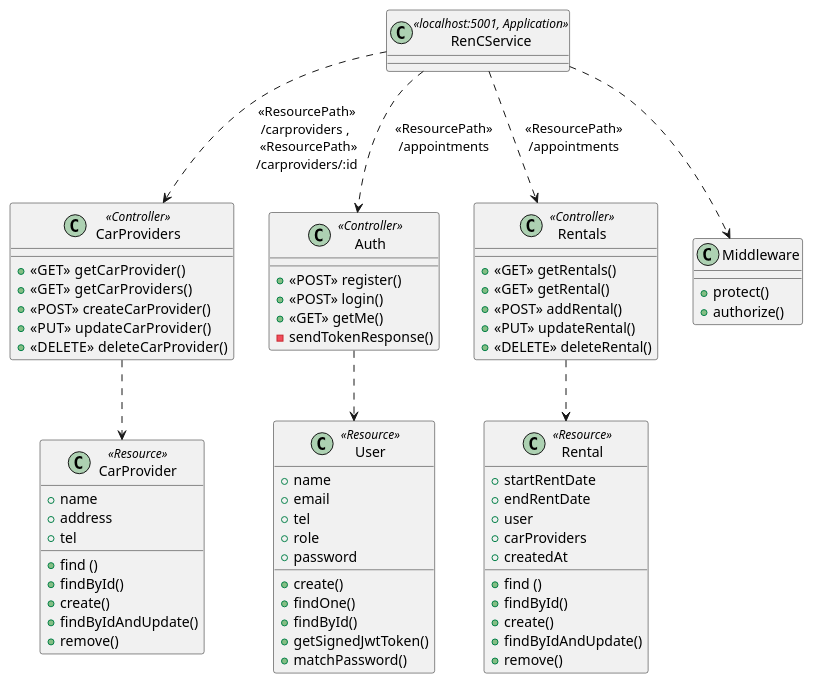
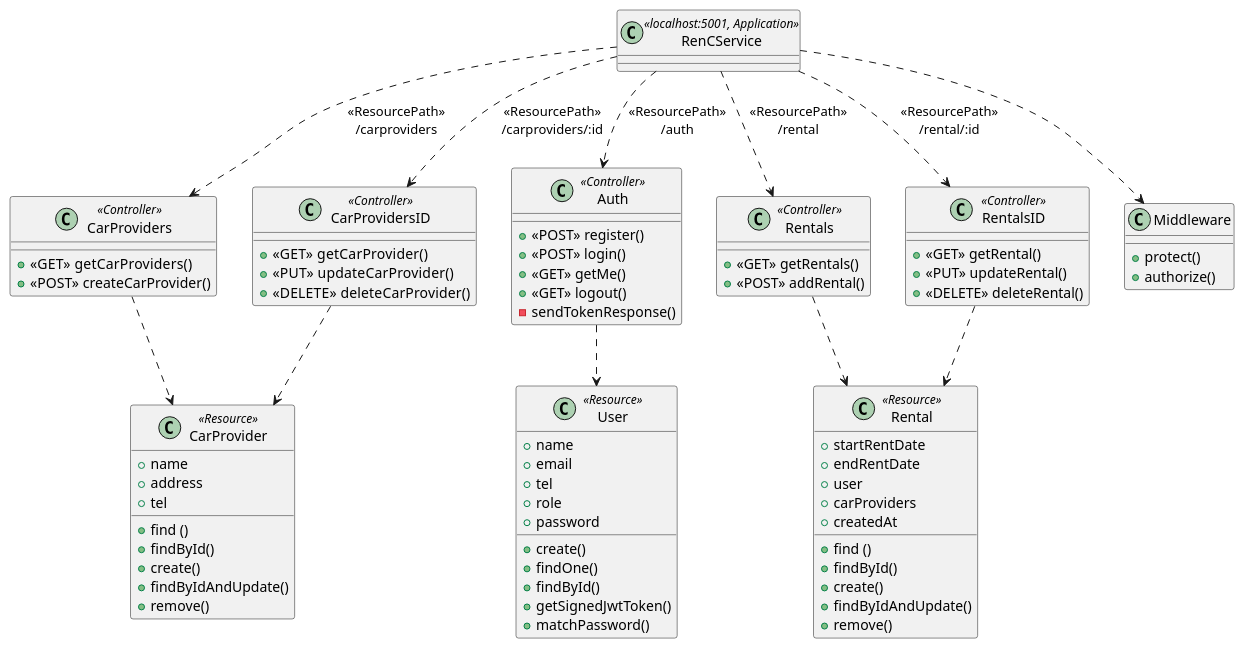
One commit to cchaiyatad/RenC changed the diagram in docs/class.pu. Above: the diagram before and after it, drawn with PlantUML. The commit also changed 14 other files, not shown here.

```diff
--- a/docs/class.pu
+++ b/docs/class.pu
@@ -1,86 +1,99 @@
 @startuml class
 
 class RenCService << localhost:5001, Application >> {
 }
 
 class CarProviders << Controller >> {
-    {method} + <<GET>>  getCarProvider()
     {method} + <<GET>>  getCarProviders()
     {method} + <<POST>> createCarProvider()
+}
+
+class CarProvidersID << Controller >> {
+    {method} + <<GET>>  getCarProvider()
     {method} + <<PUT>>  updateCarProvider()
     {method} + <<DELETE>>  deleteCarProvider()
 }
 
 class CarProvider << Resource >> {
     {field} + name
     {field} + address
     {field} + tel
 
     {method} + find ()
     {method} + findById()
     {method} + create()
     {method} + findByIdAndUpdate()
     {method} + remove()
 }
 
 
 class Auth << Controller >> {
     {method} + <<POST>> register()
     {method} + <<POST>> login()
     {method} + <<GET>> getMe()
+    {method} + <<GET>> logout()
     {method} - sendTokenResponse()
 }
 
 class User << Resource >> {
     {field} + name
     {field} + email
     {field} + tel
     {field} + role
     {field} + password
 
     {method} + create()
     {method} + findOne()
     {method} + findById()
     {method} + getSignedJwtToken()
     {method} + matchPassword()
 }
 
 class Rentals << Controller >> {
     {method} + <<GET>> getRentals()
+    {method} + <<POST>> addRental()
+}
+
+class RentalsID << Controller >> {
     {method} + <<GET>> getRental()
-    {method} + <<POST>> addRental()
     {method} + <<PUT>> updateRental()
     {method} + <<DELETE>> deleteRental()
 }
 
 class Rental << Resource >> {
     {field} + startRentDate
     {field} + endRentDate
     {field} + user
     {field} + carProviders
     {field} + createdAt
 
     {method} + find ()
     {method} + findById()
     {method} + create()
     {method} + findByIdAndUpdate()
     {method} + remove()
 }
 
 class Middleware {
     {method} + protect()
     {method} + authorize()
 }
 
-RenCService ..> CarProviders : <<ResourcePath>>\n/carproviders , \n <<ResourcePath>>\n/carproviders/:id
+RenCService ..> CarProviders : <<ResourcePath>>\n/carproviders
 CarProviders ..> CarProvider
 
-RenCService ..> Auth : <<ResourcePath>>\n/appointments
+RenCService ..> CarProvidersID : <<ResourcePath>>\n/carproviders/:id
+CarProvidersID ..> CarProvider
+
+RenCService ..> Auth : <<ResourcePath>>\n/auth
 Auth ..> User
 
-RenCService ..> Rentals : <<ResourcePath>>\n/appointments
+RenCService ..> Rentals : <<ResourcePath>>\n/rental
 Rentals ..> Rental
+
+RenCService ..> RentalsID : <<ResourcePath>>\n/rental/:id
+RentalsID ..> Rental
 
 RenCService ..> Middleware
 
 @enduml
```
